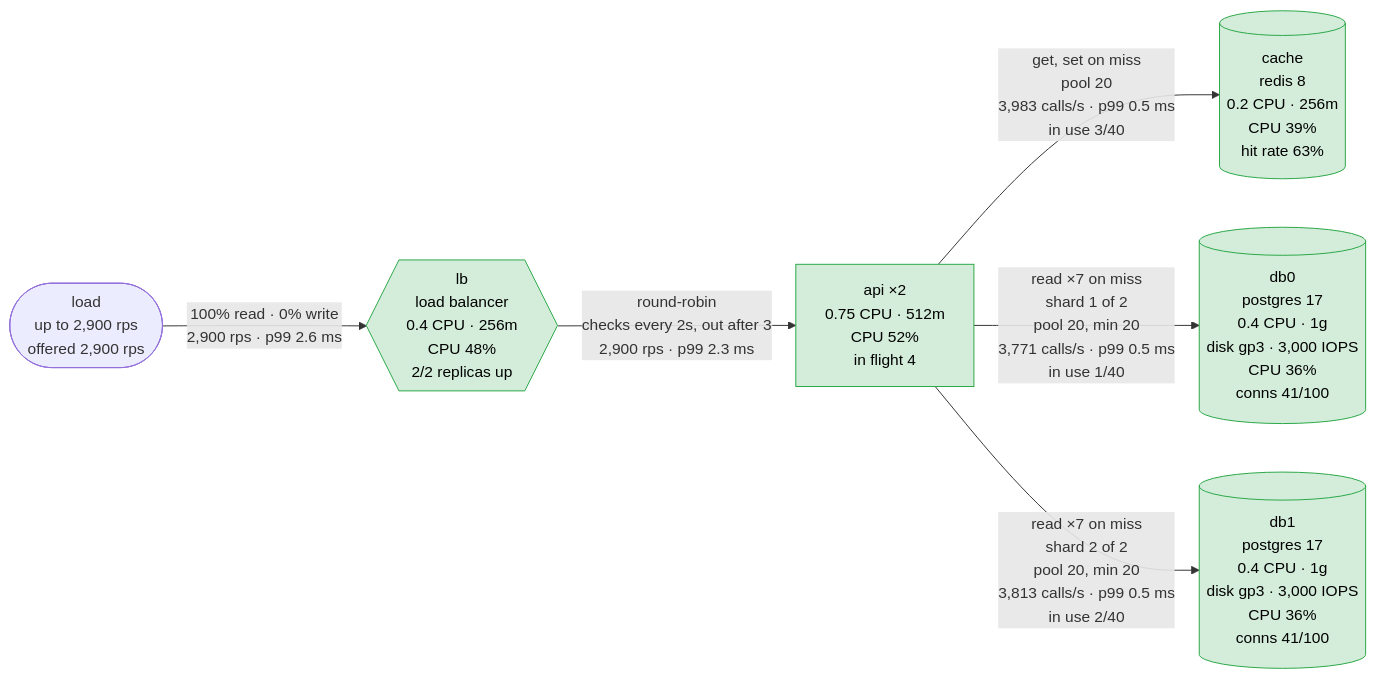
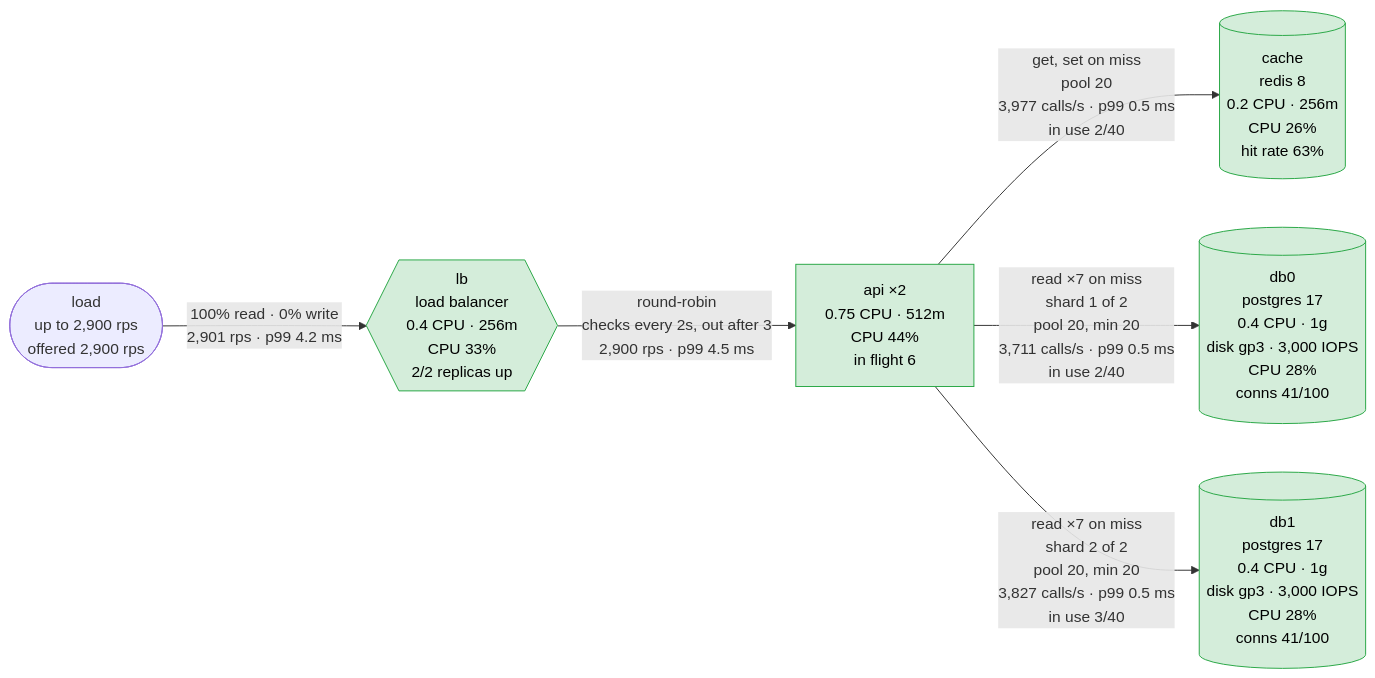
Before and after one commit to akinfemi/load-lore: the first of 5 diagrams in scenarios/viral-post/solutions/cache-the-posts/report.md, drawn with Mermaid. The commit also changed other lines of this file and 49 other files, not shown here.

````diff
--- a/scenarios/viral-post/solutions/cache-the-posts/report.md
+++ b/scenarios/viral-post/solutions/cache-the-posts/report.md
@@ -17,18 +17,18 @@
 ```mermaid
 flowchart LR
     load(["load<br/>up to 2,900 rps<br/>offered 2,900 rps"])
-    lb{{"lb<br/>load balancer<br/>0.4 CPU · 256m<br/>CPU 48%<br/>2/2 replicas up"}}
-    api["api ×2<br/>0.75 CPU · 512m<br/>CPU 52%<br/>in flight 4"]
-    cache[("cache<br/>redis 8<br/>0.2 CPU · 256m<br/>CPU 39%<br/>hit rate 63%")]
-    db0[("db0<br/>postgres 17<br/>0.4 CPU · 1g<br/>disk gp3 · 3,000 IOPS<br/>CPU 36%<br/>conns 41/100")]
-    db1[("db1<br/>postgres 17<br/>0.4 CPU · 1g<br/>disk gp3 · 3,000 IOPS<br/>CPU 36%<br/>conns 41/100")]
-    load -->|"100% read · 0% write<br/>2,900 rps · p99 2.6 ms"| lb
-    lb -->|"round-robin<br/>checks every 2s, out after 3<br/>2,900 rps · p99 2.3 ms"| api
-    api -->|"get, set on miss<br/>pool 20<br/>3,983 calls/s · p99 0.5 ms<br/>in use 3/40"| cache
-    api -->|"read ×7 on miss<br/>shard 1 of 2<br/>pool 20, min 20<br/>3,771 calls/s · p99 0.5 ms<br/>in use 1/40"| db0
-    api -->|"read ×7 on miss<br/>shard 2 of 2<br/>pool 20, min 20<br/>3,813 calls/s · p99 0.5 ms<br/>in use 2/40"| db1
+    lb{{"lb<br/>load balancer<br/>0.4 CPU · 256m<br/>CPU 33%<br/>2/2 replicas up"}}
+    api["api ×2<br/>0.75 CPU · 512m<br/>CPU 44%<br/>in flight 6"]
+    cache[("cache<br/>redis 8<br/>0.2 CPU · 256m<br/>CPU 26%<br/>hit rate 63%")]
+    db0[("db0<br/>postgres 17<br/>0.4 CPU · 1g<br/>disk gp3 · 3,000 IOPS<br/>CPU 28%<br/>conns 41/100")]
+    db1[("db1<br/>postgres 17<br/>0.4 CPU · 1g<br/>disk gp3 · 3,000 IOPS<br/>CPU 28%<br/>conns 41/100")]
+    load -->|"100% read · 0% write<br/>2,901 rps · p99 4.2 ms"| lb
+    lb -->|"round-robin<br/>checks every 2s, out after 3<br/>2,900 rps · p99 4.5 ms"| api
+    api -->|"get, set on miss<br/>pool 20<br/>3,977 calls/s · p99 0.5 ms<br/>in use 2/40"| cache
+    api -->|"read ×7 on miss<br/>shard 1 of 2<br/>pool 20, min 20<br/>3,711 calls/s · p99 0.5 ms<br/>in use 2/40"| db0
+    api -->|"read ×7 on miss<br/>shard 2 of 2<br/>pool 20, min 20<br/>3,827 calls/s · p99 0.5 ms<br/>in use 3/40"| db1
     classDef ok fill:#d4edda,stroke:#28a745,color:#000
     classDef warm fill:#fff3cd,stroke:#d39e00,color:#000
     classDef hot fill:#f8d7da,stroke:#dc3545,color:#000
     class lb,api,cache,db0,db1 ok
 ```
````
